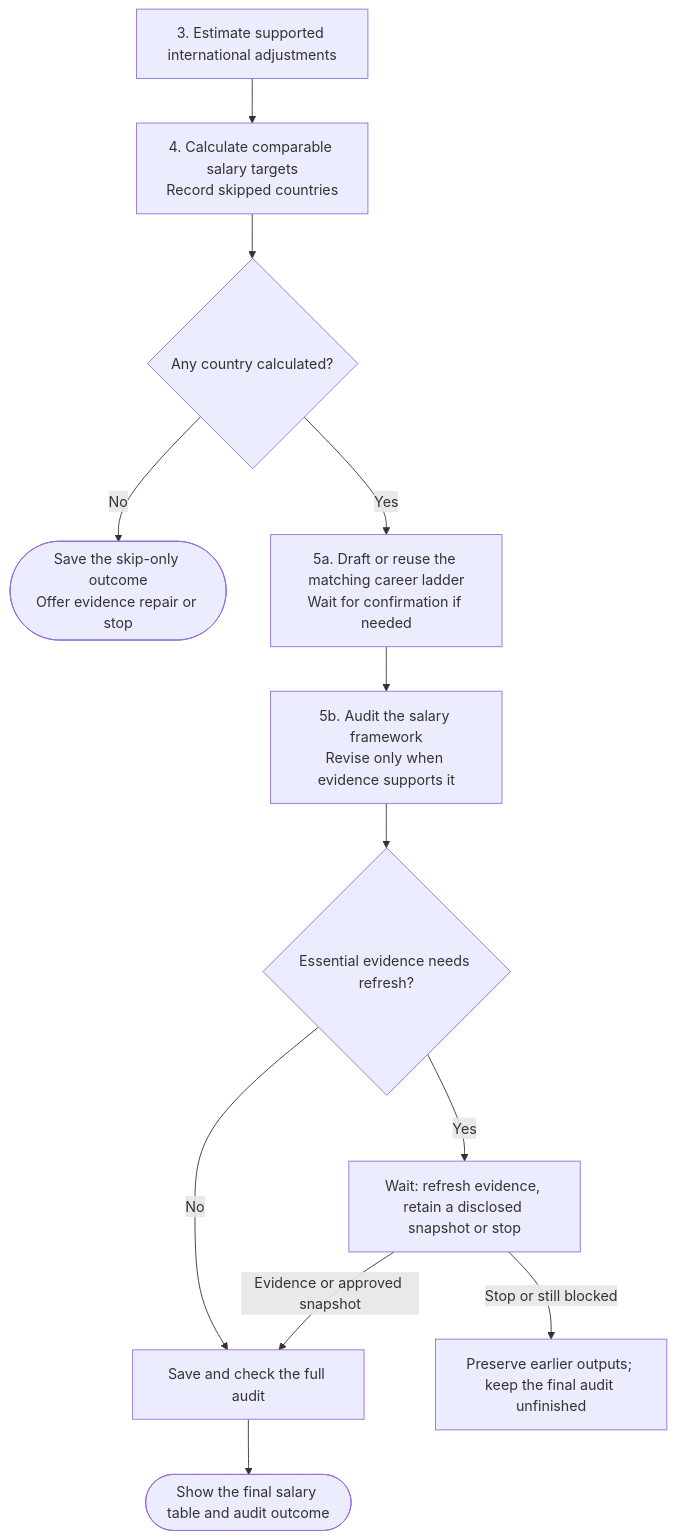
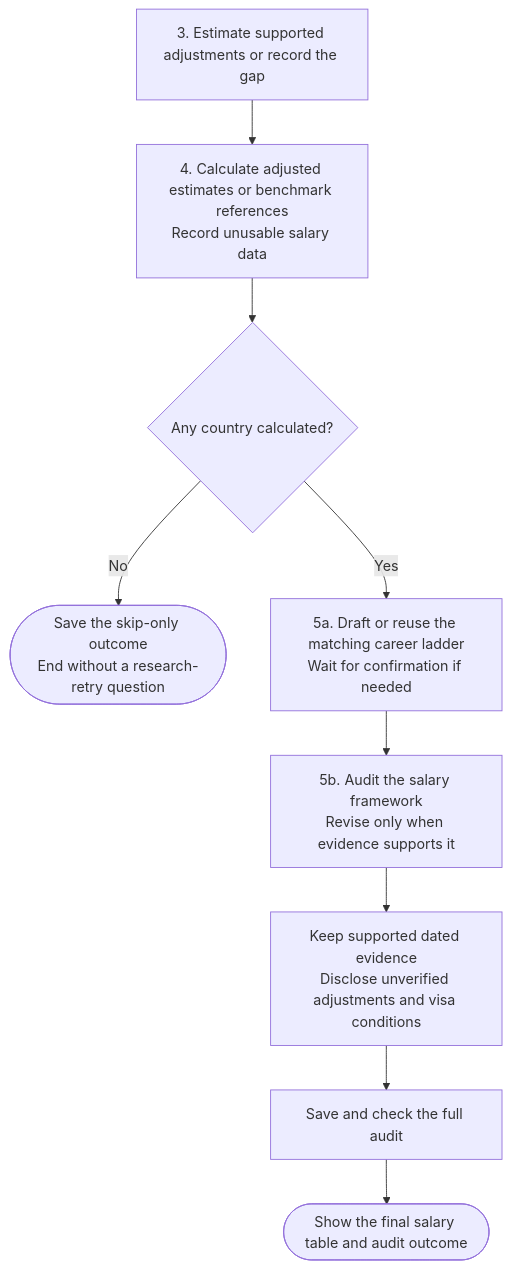
Before and after one commit to myowinthein/agent-compass: the second of 2 diagrams in docs/commands/salary-calculator/detailed.md, drawn with Mermaid. The commit also changed other lines of this file and 25 other files, not shown here.

First line of the commit message:
fix(salary-calculator): continue with supported benchmark evidence

````diff
--- a/docs/commands/salary-calculator/detailed.md
+++ b/docs/commands/salary-calculator/detailed.md
@@ -42,15 +42,12 @@
 ```mermaid
 flowchart TD
-  S3["3. Estimate supported international adjustments"]
-  S3 --> S4["4. Calculate comparable salary targets<br/>Record skipped countries"]
+  S3["3. Estimate supported adjustments or record the gap"]
+  S3 --> S4["4. Calculate adjusted estimates or benchmark references<br/>Record unusable salary data"]
   S4 --> Usable{"Any country calculated?"}
-  Usable -->|No| Repair(["Save the skip-only outcome<br/>Offer evidence repair or stop"])
+  Usable -->|No| NoTargets(["Save the skip-only outcome<br/>End without a research-retry question"])
   Usable -->|Yes| Ladder["5a. Draft or reuse the matching career ladder<br/>Wait for confirmation if needed"]
   Ladder --> Audit["5b. Audit the salary framework<br/>Revise only when evidence supports it"]
-  Audit --> Fresh{"Essential evidence needs refresh?"}
-  Fresh -->|Yes| Choice["Wait: refresh evidence, retain a disclosed snapshot or stop"]
-  Choice -->|Evidence or approved snapshot| Final["Save and check the full audit"]
-  Choice -->|Stop or still blocked| Pending["Preserve earlier outputs; keep the final audit unfinished"]
-  Fresh -->|No| Final
+  Audit --> Limits["Keep supported dated evidence<br/>Disclose unverified adjustments and visa conditions"]
+  Limits --> Final["Save and check the full audit"]
   Final --> End(["Show the final salary table and audit outcome"])
 ```
````
